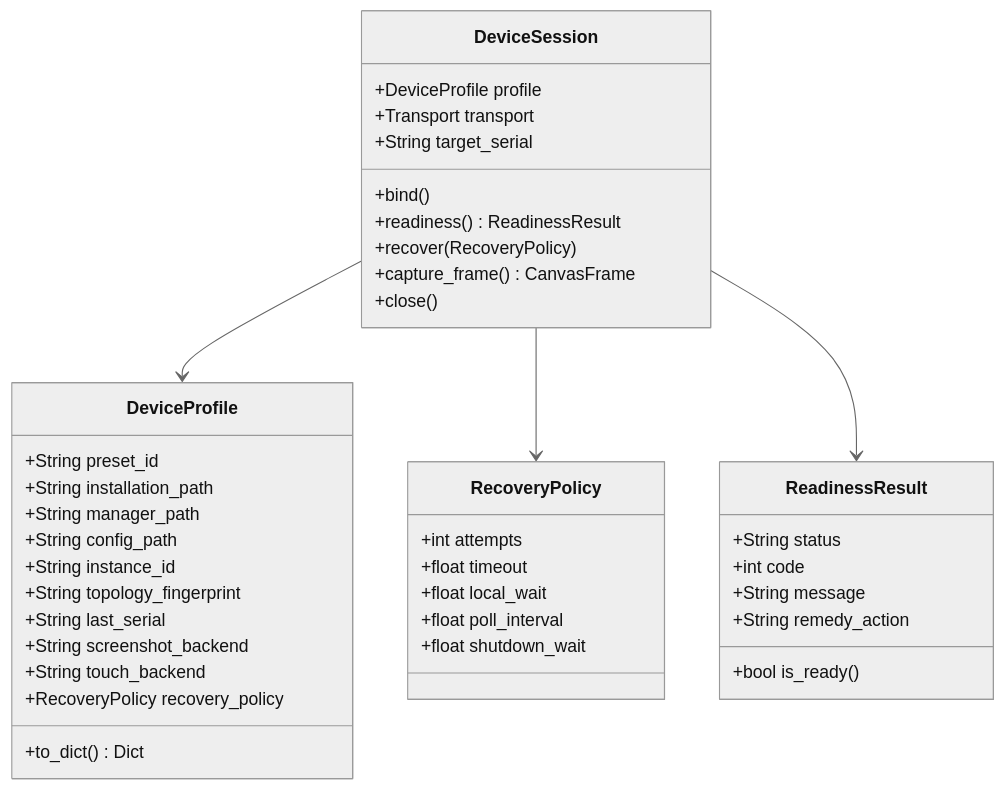
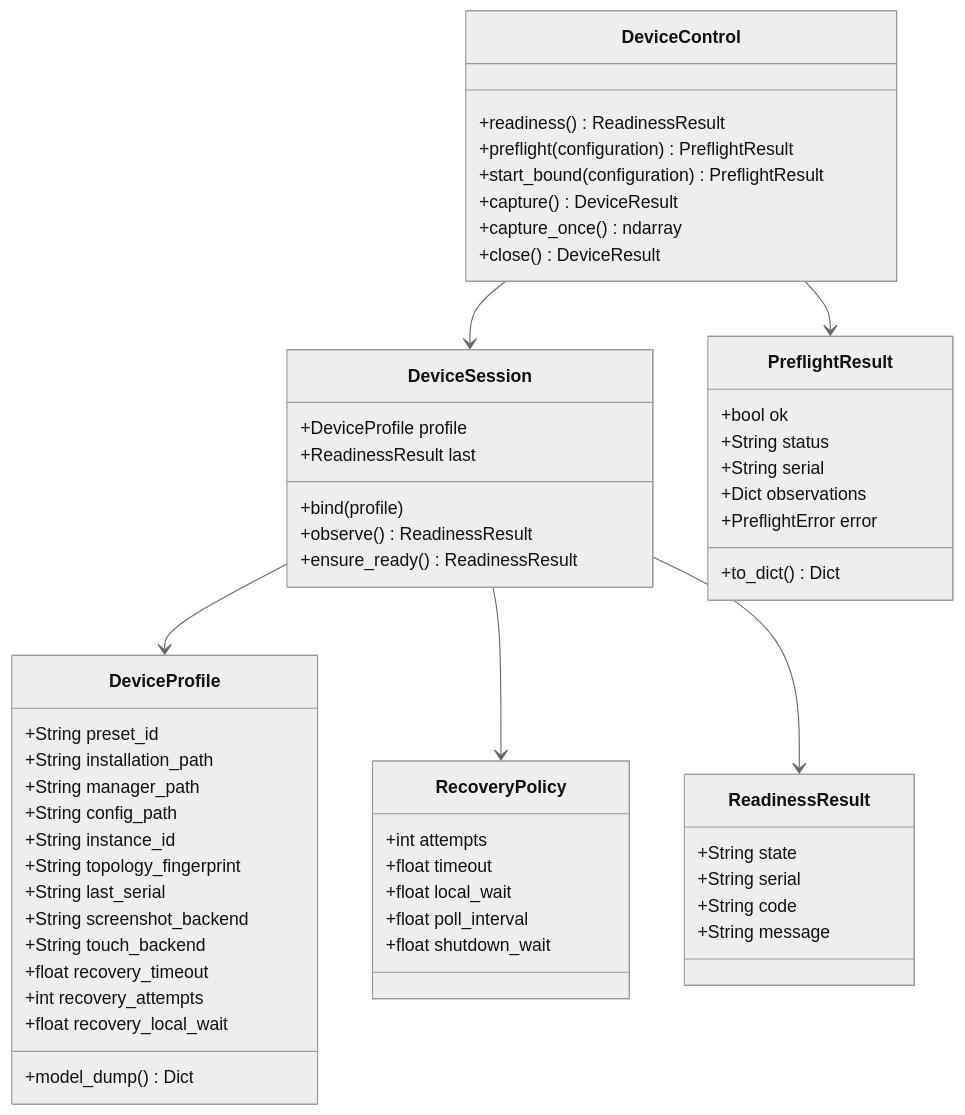
Before and after one commit to ArkMowers/arknights-mower: the diagram in docs/subsystems/device-control.md, drawn with Mermaid (neutral theme). The commit also changed other lines of this file and 65 other files, not shown here.

````diff
--- a/docs/subsystems/device-control.md
+++ b/docs/subsystems/device-control.md
@@ -9,47 +25,65 @@
 ```mermaid
 classDiagram
     class DeviceProfile {
         +String preset_id
         +String installation_path
         +String manager_path
         +String config_path
         +String instance_id
         +String topology_fingerprint
         +String last_serial
         +String screenshot_backend
         +String touch_backend
-        +RecoveryPolicy recovery_policy
-        +to_dict() Dict
+        +float recovery_timeout
+        +int recovery_attempts
+        +float recovery_local_wait
+        +model_dump() Dict
+    }
+
+    class DeviceControl {
+        +readiness() ReadinessResult
+        +preflight(configuration) PreflightResult
+        +start_bound(configuration) PreflightResult
+        +capture() DeviceResult
+        +capture_once() ndarray
+        +close() DeviceResult
     }
 
     class DeviceSession {
         +DeviceProfile profile
-        +Transport transport
-        +String target_serial
-        +bind()
-        +readiness() ReadinessResult
-        +recover(RecoveryPolicy)
-        +capture_frame() CanvasFrame
-        +close()
+        +ReadinessResult last
+        +bind(profile)
+        +observe() ReadinessResult
+        +ensure_ready() ReadinessResult
     }
 
     class RecoveryPolicy {
         +int attempts
         +float timeout
         +float local_wait
         +float poll_interval
         +float shutdown_wait
     }
 
     class ReadinessResult {
-        +String status
-        +int code
+        +String state
+        +String serial
+        +String code
         +String message
-        +String remedy_action
-        +bool is_ready()
     }
 
+    class PreflightResult {
+        +bool ok
+        +String status
+        +String serial
+        +Dict observations
+        +PreflightError error
+        +to_dict() Dict
+    }
+
+    DeviceControl --> DeviceSession
+    DeviceControl --> PreflightResult
     DeviceSession --> DeviceProfile
     DeviceSession --> RecoveryPolicy
     DeviceSession --> ReadinessResult
 ```
````
